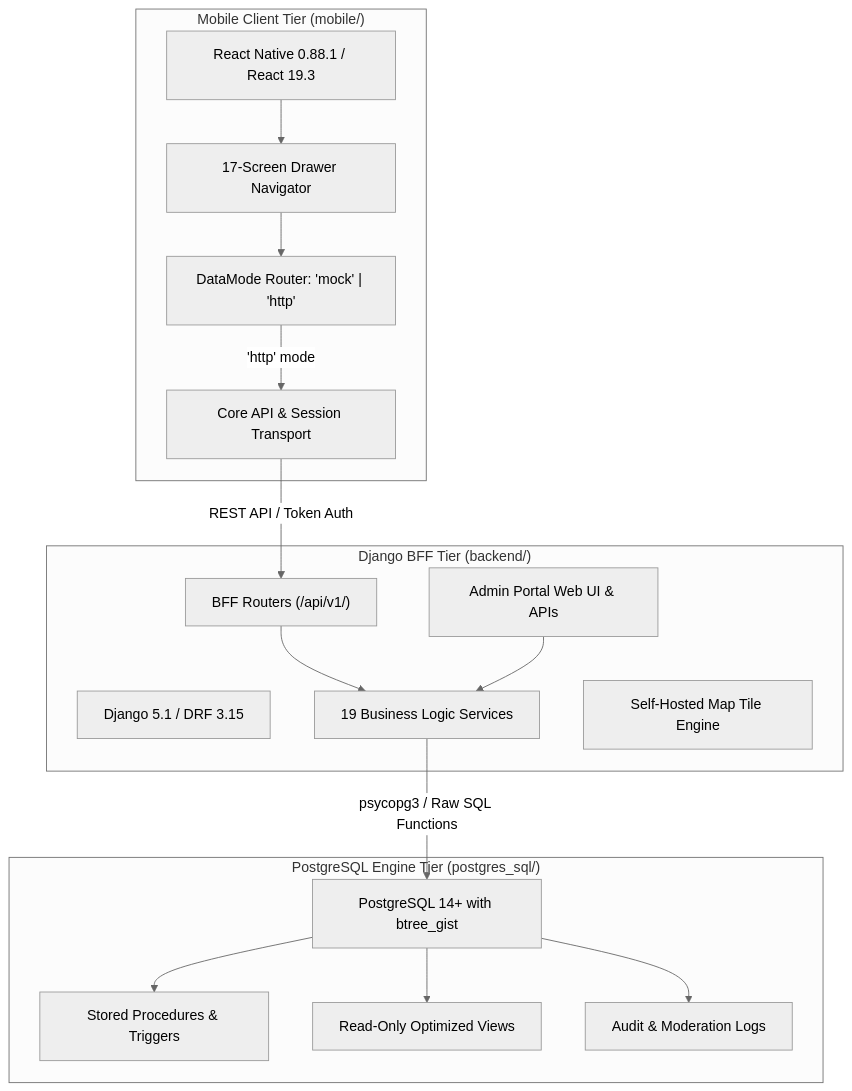
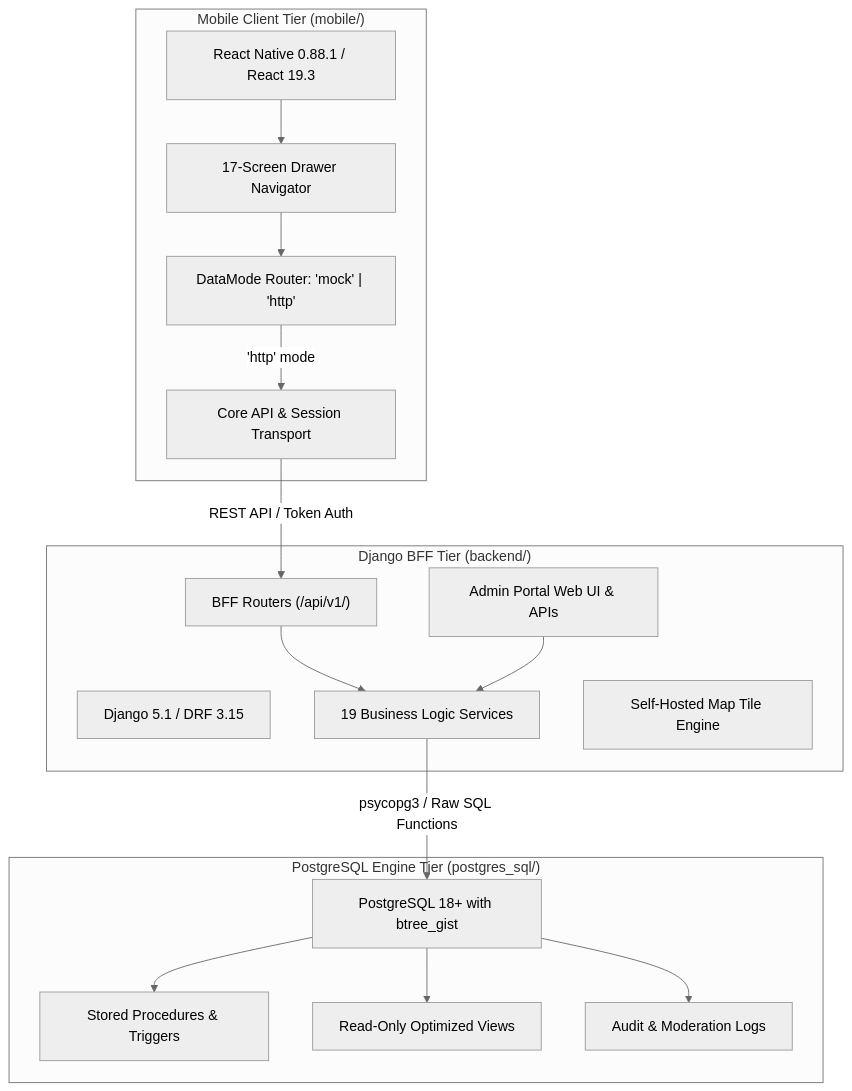
One commit to ThuraAung-Rayaar/Volunteer_Coordination_System changed the diagram in README.md. Above: the diagram before and after it, drawn with Mermaid (neutral theme). The commit also changed other lines of this file and 229 other files, not shown here.

````diff
--- a/README.md
+++ b/README.md
@@ -13,35 +13,35 @@
 ```mermaid
 flowchart TD
     subgraph ClientTier["Mobile Client Tier (mobile/)"]
         RN["React Native 0.88.1 / React 19.3"]
         NAV["17-Screen Drawer Navigator"]
         DM["DataMode Router: 'mock' | 'http'"]
         CORE["Core API & Session Transport"]
     end
 
     subgraph BackendTier["Django BFF Tier (backend/)"]
         DRF["Django 5.1 / DRF 3.15"]
         BFF["BFF Routers (/api/v1/)"]
         ADM["Admin Portal Web UI & APIs"]
         SRV["19 Business Logic Services"]
         MAP_ENG["Self-Hosted Map Tile Engine"]
     end
 
     subgraph DatabaseTier["PostgreSQL Engine Tier (postgres_sql/)"]
-        PG["PostgreSQL 14+ with btree_gist"]
+        PG["PostgreSQL 18+ with btree_gist"]
         TRIG["Stored Procedures & Triggers"]
         VIEWS["Read-Only Optimized Views"]
         AUDIT["Audit & Moderation Logs"]
     end
 
     RN --> NAV
     NAV --> DM
     DM -->|'http' mode| CORE
     CORE -->|REST API / Token Auth| BFF
     BFF --> SRV
     ADM --> SRV
     SRV -->|psycopg3 / Raw SQL Functions| PG
     PG --> TRIG
     PG --> VIEWS
     PG --> AUDIT
 ```
````
